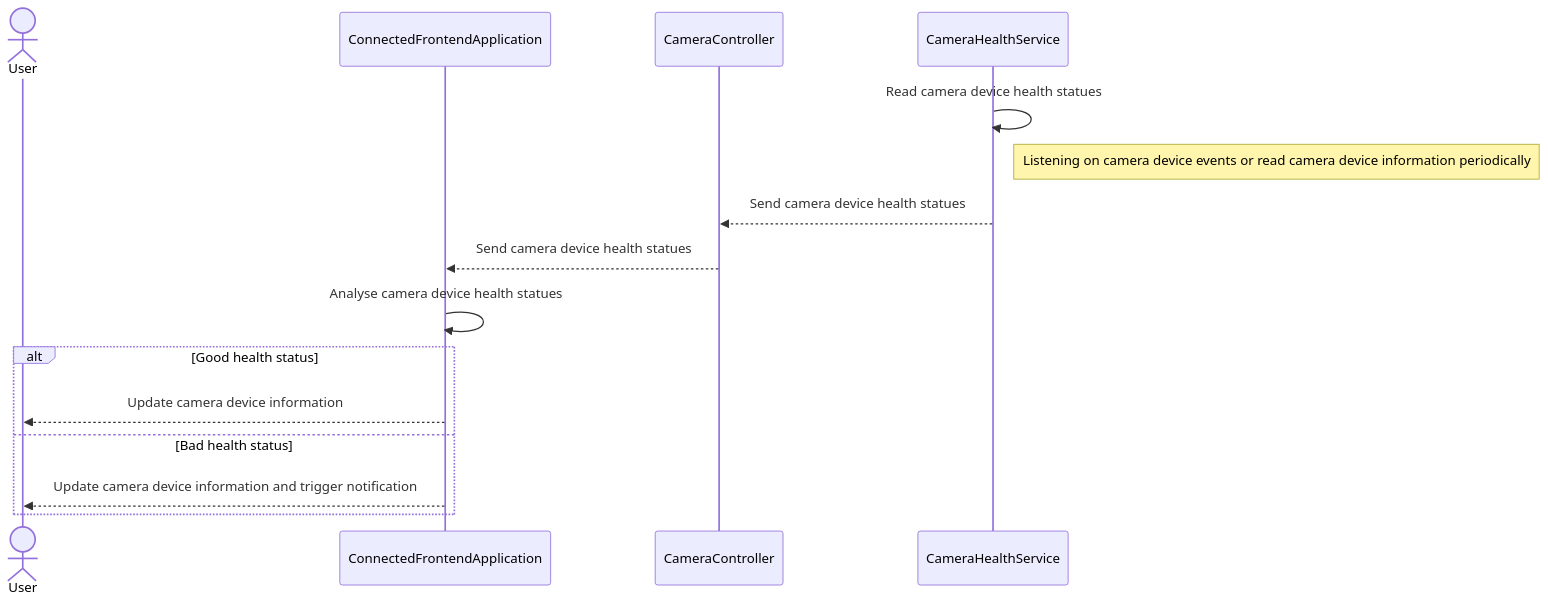
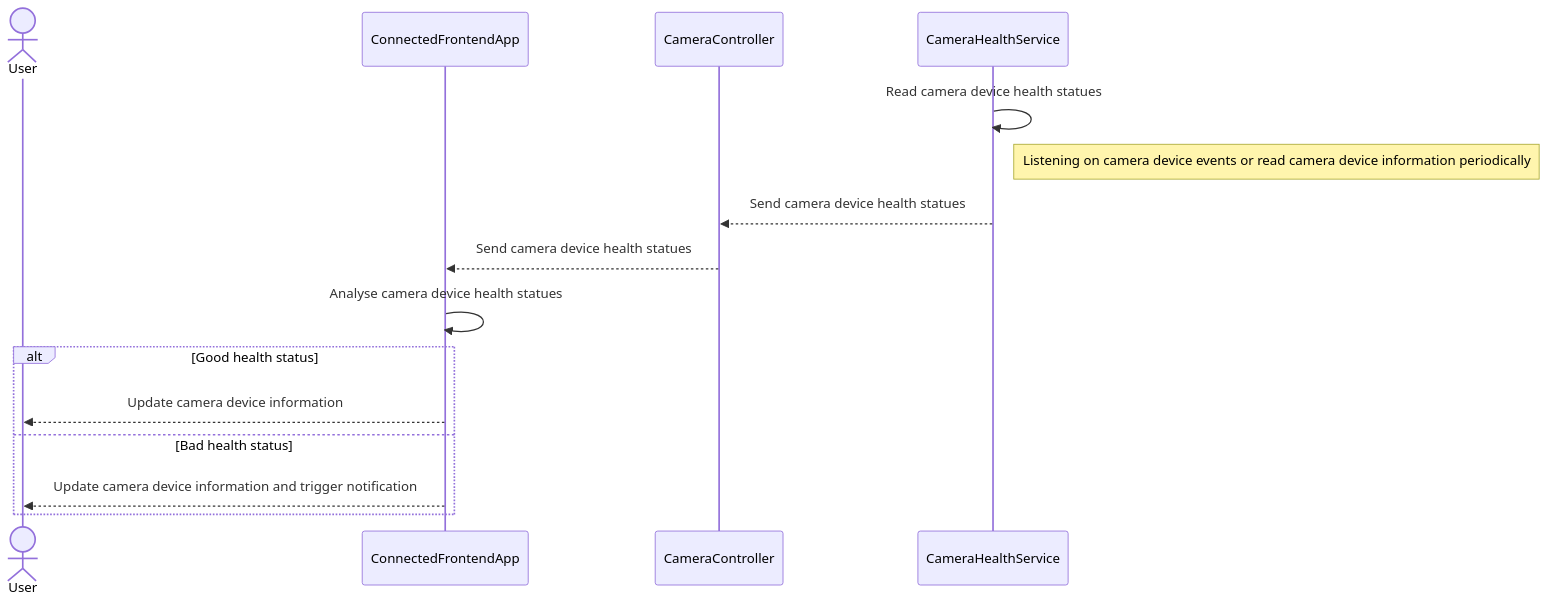
Before and after one commit to katocado/architectural-kata-fall-2023: the third of 9 diagrams in sequence_diagrams.md, drawn with Mermaid. The commit also changed other lines of this file, not shown here.

Commit message:
update sequence diagrams

````diff
--- a/sequence_diagrams.md
+++ b/sequence_diagrams.md
@@ -89,23 +114,23 @@
 ```mermaid
 sequenceDiagram
 
     actor User
-    participant ConnectedFrontendApplication
+    participant ConnectedFrontendApp
     participant CameraController
     participant CameraHealthService
 
     CameraHealthService->>CameraHealthService: Read camera device health statues
     Note right of CameraHealthService: Listening on camera device events or read camera device information periodically
 
     CameraHealthService-->>CameraController: Send camera device health statues
 
-    CameraController-->>ConnectedFrontendApplication: Send camera device health statues
+    CameraController-->>ConnectedFrontendApp: Send camera device health statues
 
-    ConnectedFrontendApplication->>ConnectedFrontendApplication: Analyse camera device health statues
+    ConnectedFrontendApp->>ConnectedFrontendApp: Analyse camera device health statues
 
     alt Good health status
-        ConnectedFrontendApplication-->>User: Update camera device information
+        ConnectedFrontendApp-->>User: Update camera device information
     else Bad health status
-        ConnectedFrontendApplication-->>User: Update camera device information and trigger notification
+        ConnectedFrontendApp-->>User: Update camera device information and trigger notification
     end
 ```
````
